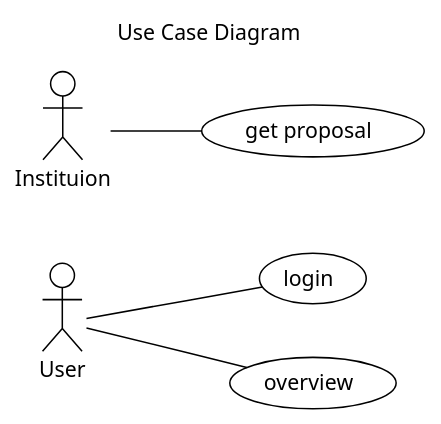
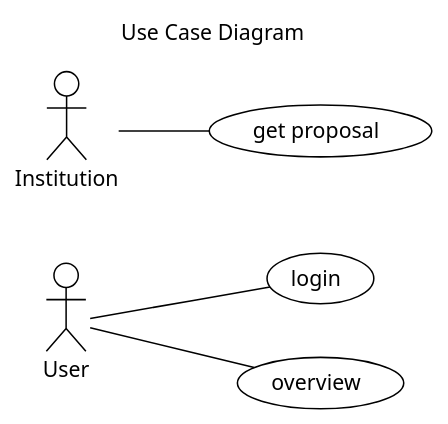
The first of 3 diagrams in practice/02/02-Ideas.md (FrankBevr/100-Ideas), drawn with PlantUML before and after one commit. The commit also changed other lines of this file and 1 other file, not shown here.

````diff
--- a/practice/02/02-Ideas.md
+++ b/practice/02/02-Ideas.md
@@ -121,15 +134,15 @@
 ```plantuml
 !theme plain
 skinparam actorBorderThickness 1
 left to right direction
 title Use Case Diagram
 skinparam titleFontSize 14
 skinparam titleFontStyle normal
 
 actor User
-actor Instituion
+actor Institution
 
 User -- (login)
 User -- (overview)
-Instituion -- (get proposal)
+Institution -- (get proposal)
 ```
````
